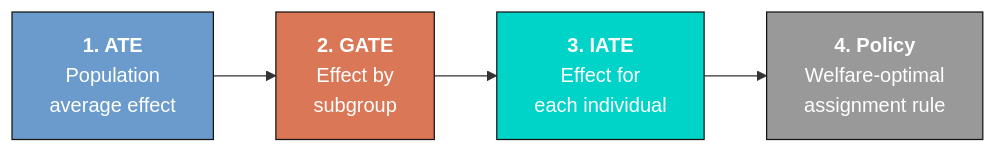
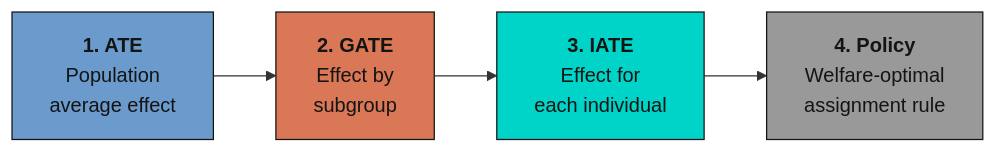
One commit to cmg777/starter-academic-v501 changed the diagram in content/post/python_cml/index.md. Above: the diagram before and after it, drawn with Mermaid. The commit also changed 67 other files, not shown here.

First line of the commit message:
fix(mermaid): readable diagram text in both themes across the site

````diff
--- a/content/post/python_cml/index.md
+++ b/content/post/python_cml/index.md
@@ -81,10 +81,10 @@
 ```mermaid
 graph LR
     A["<b>1. ATE</b><br/>Population<br/>average effect"] --> B["<b>2. GATE</b><br/>Effect by<br/>subgroup"]
     B --> C["<b>3. IATE</b><br/>Effect for<br/>each individual"]
     C --> D["<b>4. Policy</b><br/>Welfare-optimal<br/>assignment rule"]
-    style A fill:#6a9bcc,stroke:#141413,color:#fff
-    style B fill:#d97757,stroke:#141413,color:#fff
-    style C fill:#00d4c8,stroke:#141413,color:#fff
-    style D fill:#999999,stroke:#141413,color:#fff
+    style A fill:#6a9bcc,stroke:#141413,color:#141413
+    style B fill:#d97757,stroke:#141413,color:#141413
+    style C fill:#00d4c8,stroke:#141413,color:#141413
+    style D fill:#999999,stroke:#141413,color:#141413
 ```
````
